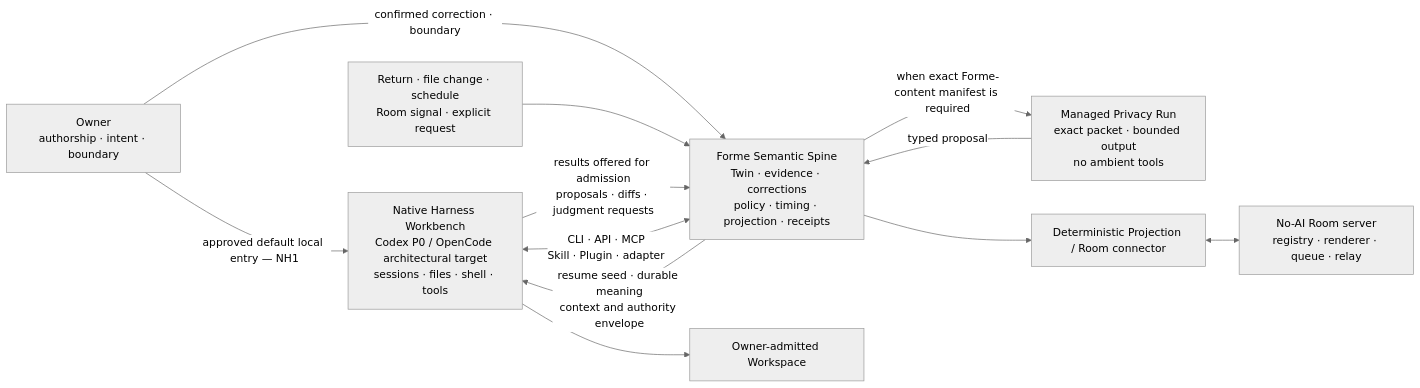
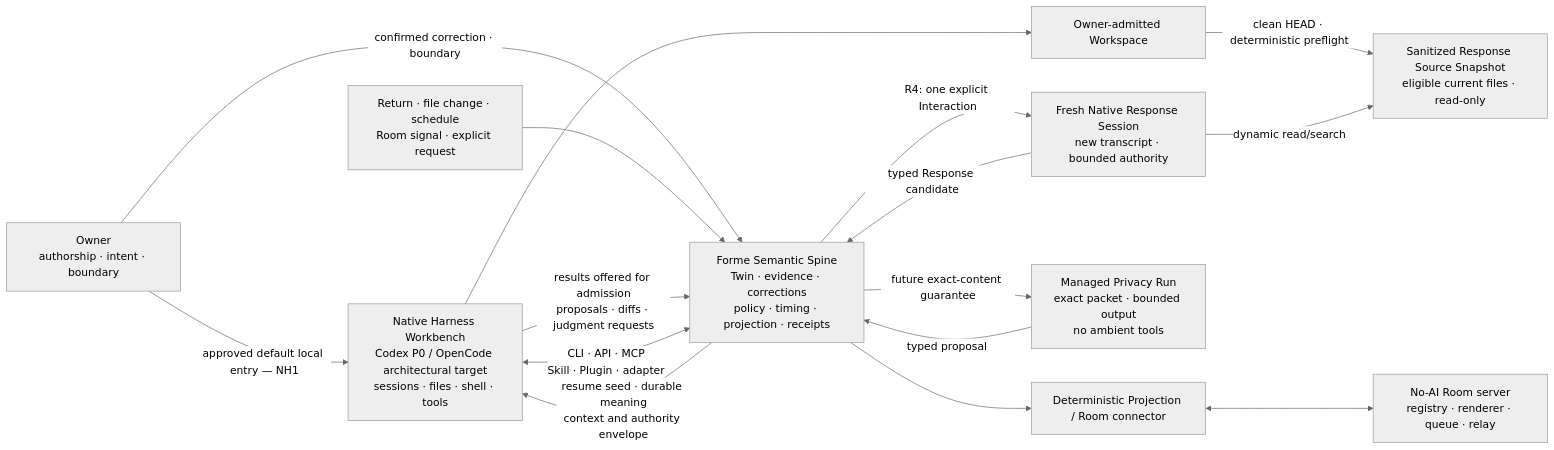
Before and after one commit to formehq/forme: the diagram in docs/NATIVE-HARNESS-ARCHITECTURE.md, drawn with Mermaid (neutral theme). The commit also changed other lines of this file and 15 other files, not shown here.

Commit message:
Prepare Fresh Native Response T3 contract

````diff
--- a/docs/NATIVE-HARNESS-ARCHITECTURE.md
+++ b/docs/NATIVE-HARNESS-ARCHITECTURE.md
@@ -69,18 +71,22 @@
 ```mermaid
 flowchart LR
     Owner["Owner<br/>authorship · intent · boundary"] -->|"approved default local entry — NH1"| Host["Native Harness Workbench<br/>Codex P0 / OpenCode architectural target<br/>sessions · files · shell · tools"]
     Owner -->|"confirmed correction · boundary"| Core
 
     Signals["Return · file change · schedule<br/>Room signal · explicit request"] --> Core["Forme Semantic Spine<br/>Twin · evidence · corrections<br/>policy · timing · projection · receipts"]
 
     Core -->|"resume seed · durable meaning<br/>context and authority envelope"| Host
     Host -->|"results offered for admission<br/>proposals · diffs · judgment requests"| Core
     Host <-->|"CLI · API · MCP<br/>Skill · Plugin · adapter"| Core
 
-    Core -->|"when exact Forme-content manifest is required"| PrivateRun["Managed Privacy Run<br/>exact packet · bounded output<br/>no ambient tools"]
+    Host --> Workspace["Owner-admitted Workspace"]
+    Core -->|"R4: one explicit Interaction"| FreshRun["Fresh Native Response Session<br/>new transcript · bounded authority"]
+    Workspace -->|"clean HEAD · deterministic preflight"| ResponseSource["Sanitized Response Source Snapshot<br/>eligible current files · read-only"]
+    FreshRun -->|"dynamic read/search"| ResponseSource
+    FreshRun -->|"typed Response candidate"| Core
+    Core -->|"future exact-content guarantee"| PrivateRun["Managed Privacy Run<br/>exact packet · bounded output<br/>no ambient tools"]
     PrivateRun -->|"typed proposal"| Core
 
-    Host --> Workspace["Owner-admitted Workspace"]
     Core --> Connector["Deterministic Projection / Room connector"]
     Connector <--> Server["No-AI Room server<br/>registry · renderer · queue · relay"]
 ```
````
